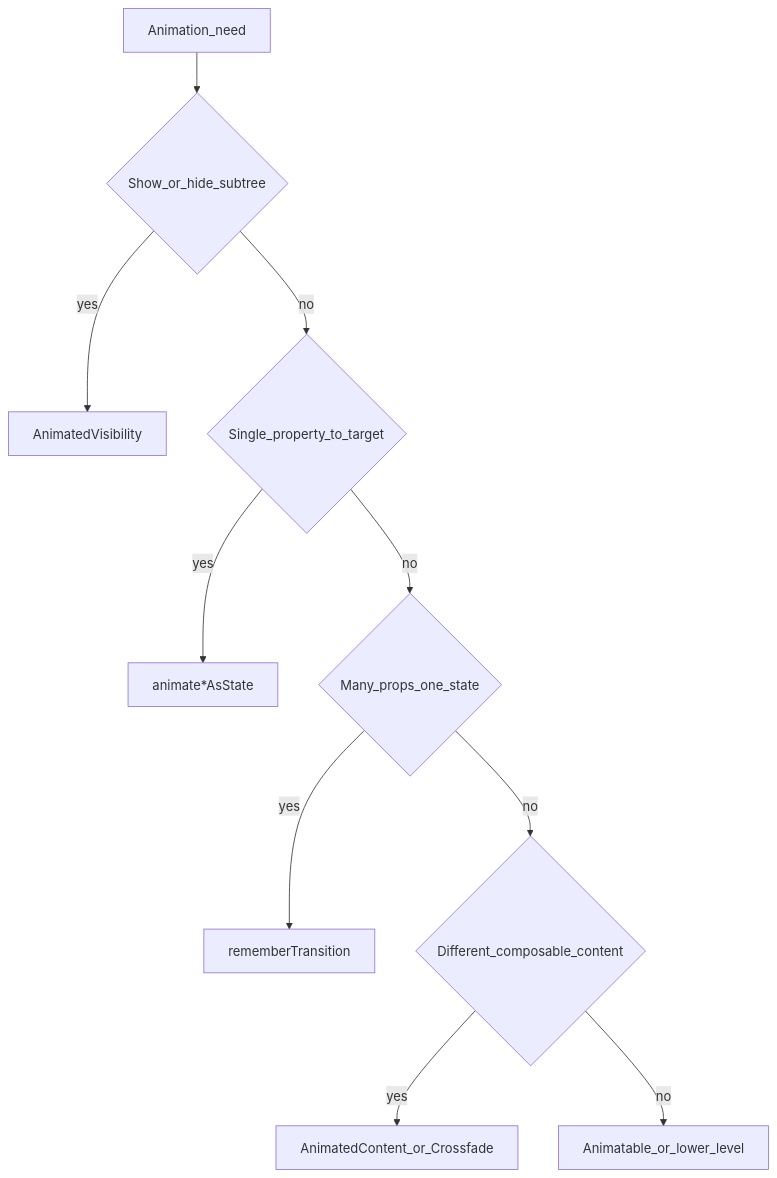
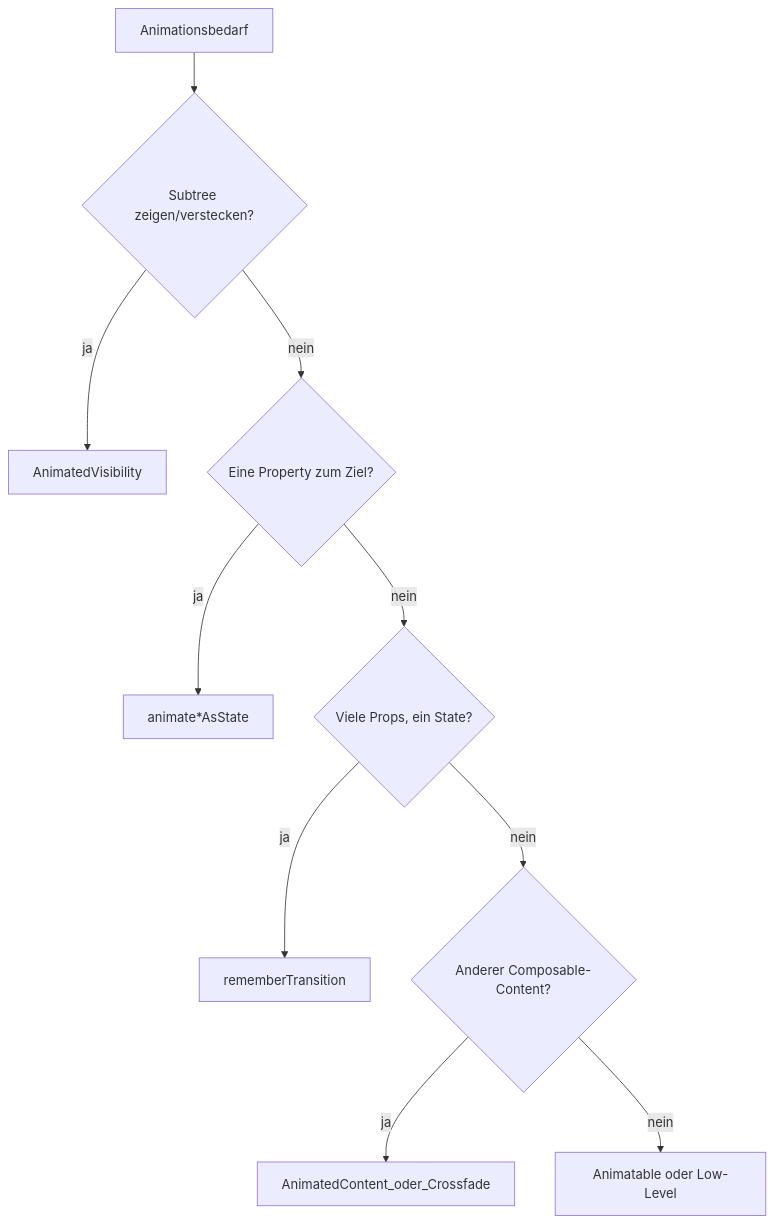
One commit to CrazyR36/GameYourFitness changed the diagram in .claude/skills/compose-animations/SKILL.md. Above: the diagram before and after it, drawn with Mermaid. The commit also changed other lines of this file and 7 other files, not shown here.

````diff
--- a/.claude/skills/compose-animations/SKILL.md
+++ b/.claude/skills/compose-animations/SKILL.md
@@ -111,13 +112,13 @@
 ```mermaid
 flowchart TD
-  start[Animation_need]
-  start --> showHide{Show_or_hide_subtree}
-  showHide -->|yes| av[AnimatedVisibility]
-  showHide -->|no| oneProp{Single_property_to_target}
-  oneProp -->|yes| asState["animate*AsState"]
-  oneProp -->|no| multiProp{Many_props_one_state}
-  multiProp -->|yes| rt[rememberTransition]
-  multiProp -->|no| swapTree{Different_composable_content}
-  swapTree -->|yes| ac[AnimatedContent_or_Crossfade]
-  swapTree -->|no| advanced[Animatable_or_lower_level]
+  start["Animationsbedarf"]
+  start --> showHide{"Subtree zeigen/verstecken?"}
+  showHide -->|ja| av[AnimatedVisibility]
+  showHide -->|nein| oneProp{"Eine Property zum Ziel?"}
+  oneProp -->|ja| asState["animate*AsState"]
+  oneProp -->|nein| multiProp{"Viele Props, ein State?"}
+  multiProp -->|ja| rt[rememberTransition]
+  multiProp -->|nein| swapTree{"Anderer Composable-Content?"}
+  swapTree -->|ja| ac[AnimatedContent_oder_Crossfade]
+  swapTree -->|nein| advanced["Animatable oder Low-Level"]
 ```
````
